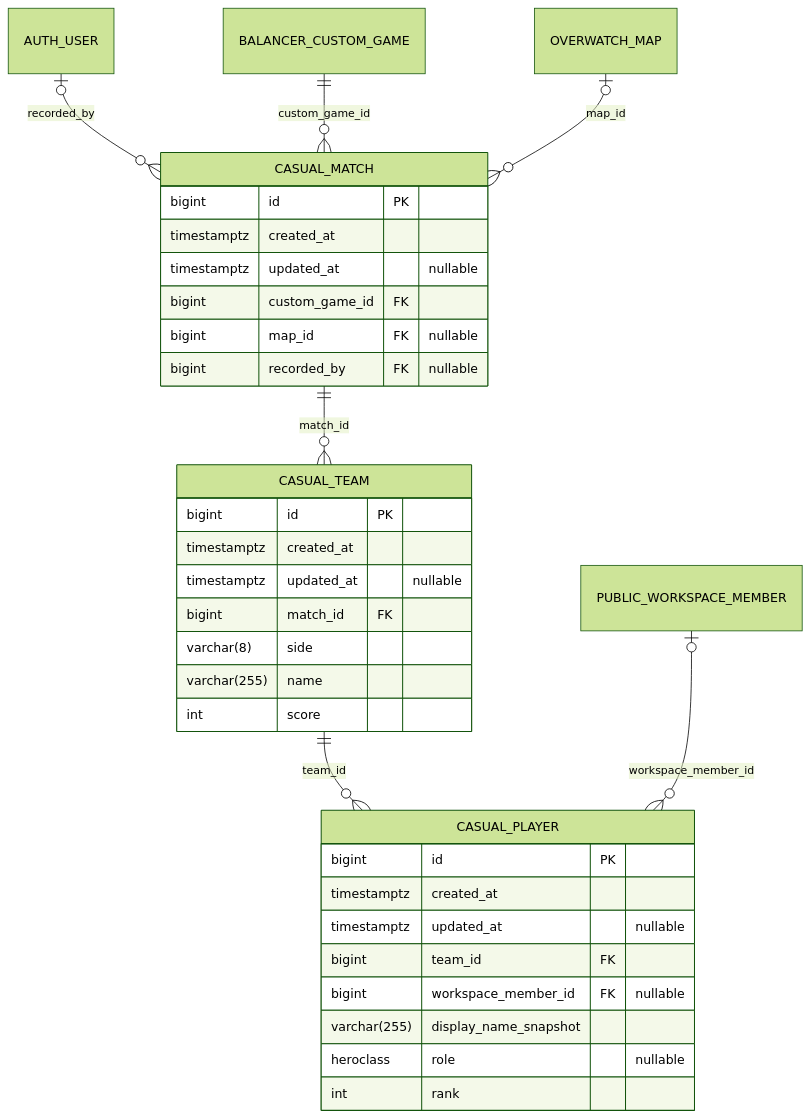
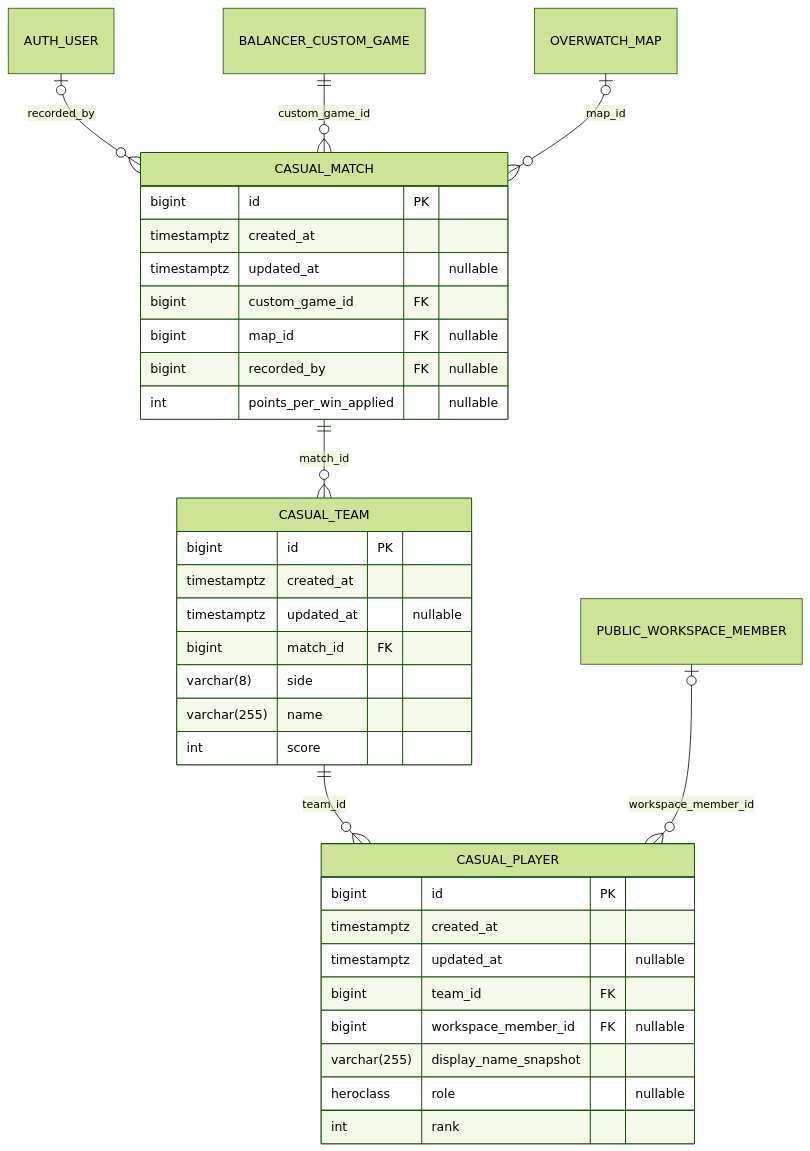
Diagram 12 of 19 in docs/database_erd.md (CraazzzyyFoxx/overwatch-tournaments), drawn with Mermaid (forest theme) before and after one commit. The commit also changed other lines of this file, not shown here.

Commit message:
docs(erd): regenerate for the team-registration and mix columns

````diff
--- a/docs/database_erd.md
+++ b/docs/database_erd.md
@@ -1874,37 +1894,38 @@
 ```mermaid
 erDiagram
     CASUAL_MATCH {
         bigint id PK
         timestamptz created_at
         timestamptz updated_at "nullable"
         bigint custom_game_id FK
         bigint map_id FK "nullable"
         bigint recorded_by FK "nullable"
+        int points_per_win_applied "nullable"
     }
     CASUAL_PLAYER {
         bigint id PK
         timestamptz created_at
         timestamptz updated_at "nullable"
         bigint team_id FK
         bigint workspace_member_id FK "nullable"
         varchar(255) display_name_snapshot
         heroclass role "nullable"
         int rank
     }
     CASUAL_TEAM {
         bigint id PK
         timestamptz created_at
         timestamptz updated_at "nullable"
         bigint match_id FK
         varchar(8) side
         varchar(255) name
         int score
     }
 
     AUTH_USER |o--o{ CASUAL_MATCH : "recorded_by"
     BALANCER_CUSTOM_GAME ||--o{ CASUAL_MATCH : "custom_game_id"
     CASUAL_MATCH ||--o{ CASUAL_TEAM : "match_id"
     CASUAL_TEAM ||--o{ CASUAL_PLAYER : "team_id"
     OVERWATCH_MAP |o--o{ CASUAL_MATCH : "map_id"
     PUBLIC_WORKSPACE_MEMBER |o--o{ CASUAL_PLAYER : "workspace_member_id"
 ```
````
